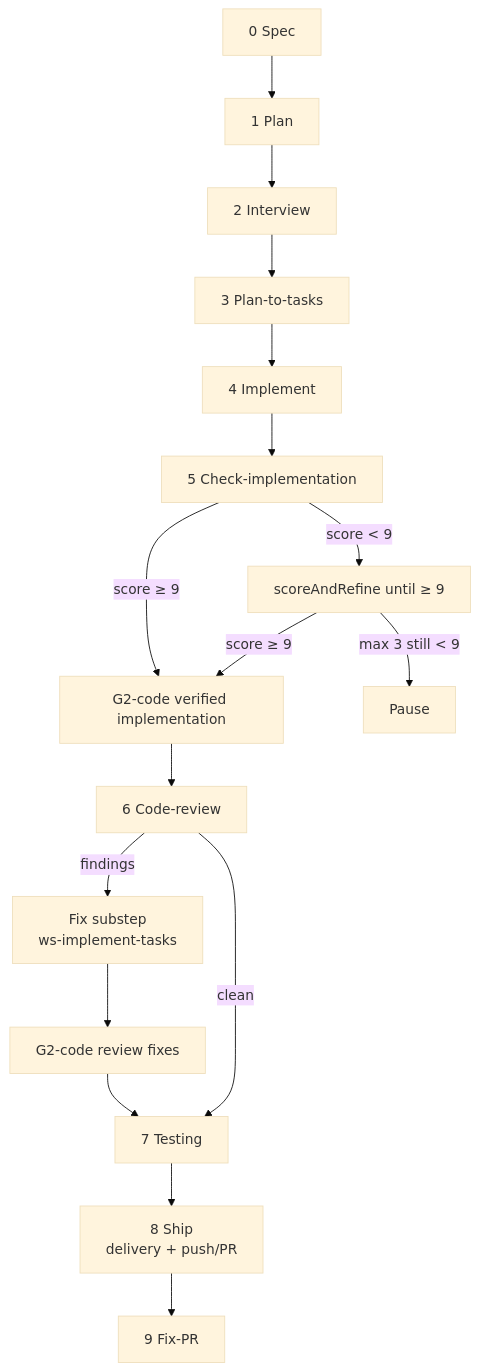
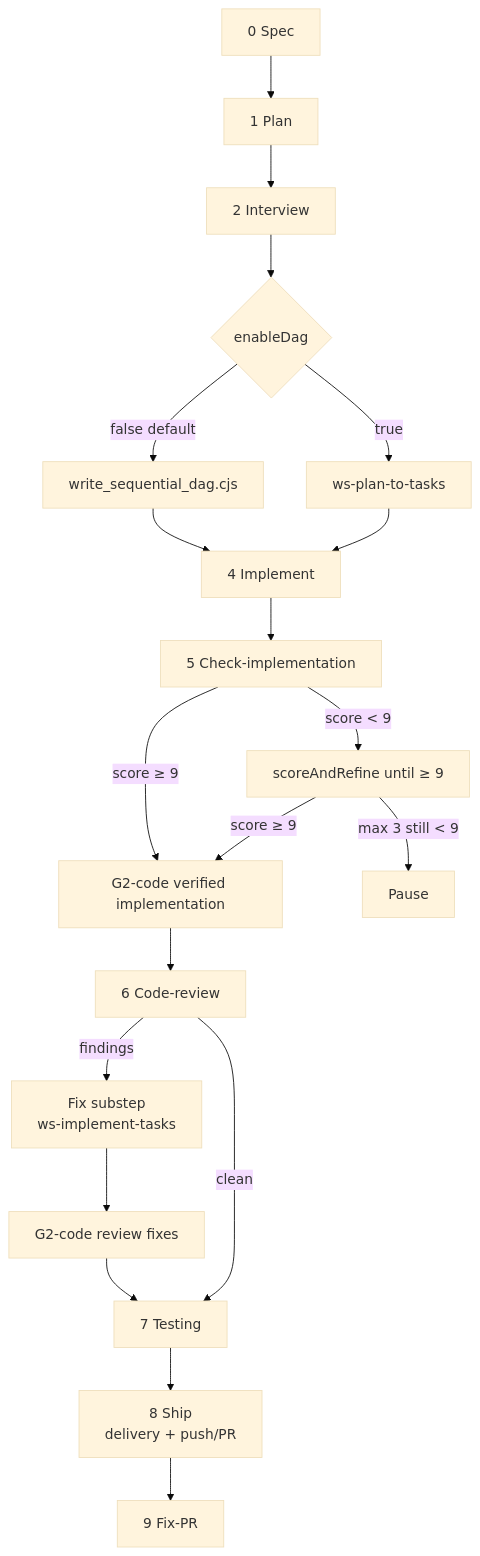
The second of 6 diagrams in .agents/skills/ws-spec-to-pr/DIAGRAM.md (jpolvora/workflow-skills), drawn with Mermaid (base theme) before and after one commit. The commit also changed other lines of this file and 23 other files, not shown here.

````diff
--- a/.agents/skills/ws-spec-to-pr/DIAGRAM.md
+++ b/.agents/skills/ws-spec-to-pr/DIAGRAM.md
@@ -25,19 +25,22 @@
 ```mermaid
 flowchart TD
   S0[0 Spec] --> S1[1 Plan]
   S1 --> S2[2 Interview]
-  S2 --> S3[3 Plan-to-tasks]
-  S3 --> S4[4 Implement]
+  S2 --> S3{enableDag}
+  S3 -->|false default| Stub[write_sequential_dag.cjs]
+  S3 -->|true| Dag[ws-plan-to-tasks]
+  Stub --> S4[4 Implement]
+  Dag --> S4
   S4 --> S5[5 Check-implementation]
   S5 -->|score ≥ 9| C1[G2-code verified implementation]
   S5 -->|score < 9| G5[scoreAndRefine until ≥ 9]
   G5 -->|score ≥ 9| C1
   G5 -->|max 3 still < 9| P[Pause]
   C1 --> S6[6 Code-review]
   S6 -->|findings| Fix[Fix substep<br/>ws-implement-tasks]
   Fix --> C2[G2-code review fixes]
   C2 --> S7[7 Testing]
   S6 -->|clean| S7
   S7 --> S8[8 Ship<br/>delivery + push/PR]
   S8 --> S9[9 Fix-PR]
 ```
````
